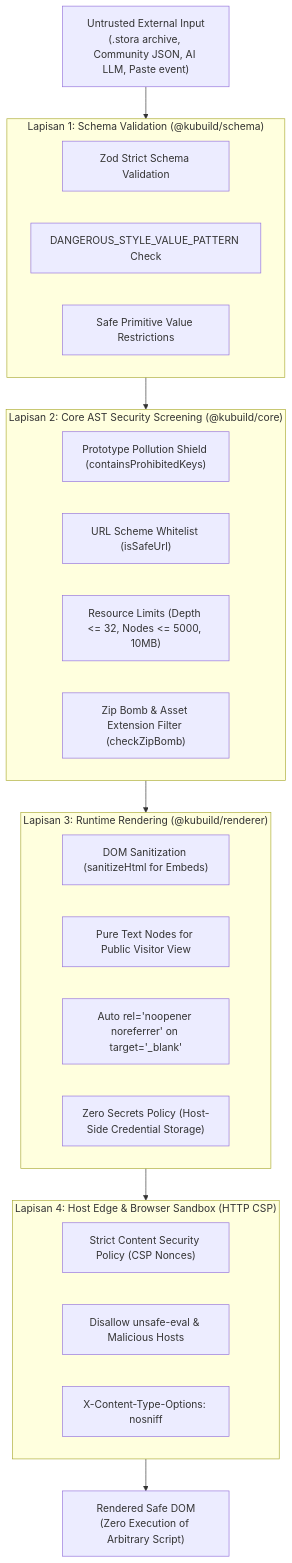
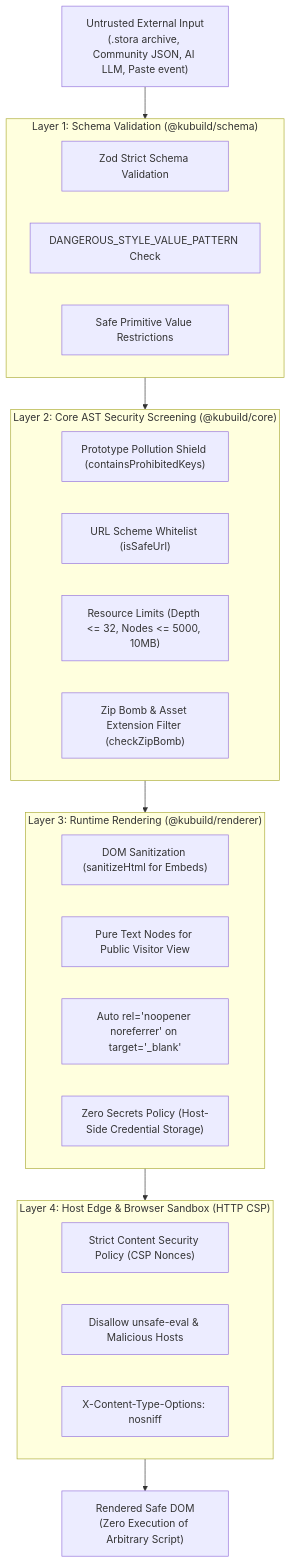
Before and after one commit to kustora/kubuild: the first of 2 diagrams in apps/docs/content/docs/integration/security.mdx, drawn with Mermaid. The commit also changed other lines of this file and 43 other files, not shown here.

````diff
--- a/apps/docs/content/docs/integration/security.mdx
+++ b/apps/docs/content/docs/integration/security.mdx
@@ -31,36 +31,36 @@
 ```mermaid
 flowchart TD
     Untrusted["Untrusted External Input\n(.stora archive, Community JSON, AI LLM, Paste event)"]
     
-    subgraph Layer1["Lapisan 1: Schema Validation (@kubuild/schema)"]
+    subgraph Layer1["Layer 1: Schema Validation (@kubuild/schema)"]
         L1_Zod["Zod Strict Schema Validation"]
         L1_CSS["DANGEROUS_STYLE_VALUE_PATTERN Check"]
         L1_Types["Safe Primitive Value Restrictions"]
     end
 
-    subgraph Layer2["Lapisan 2: Core AST Security Screening (@kubuild/core)"]
+    subgraph Layer2["Layer 2: Core AST Security Screening (@kubuild/core)"]
         L2_Proto["Prototype Pollution Shield (containsProhibitedKeys)"]
         L2_URL["URL Scheme Whitelist (isSafeUrl)"]
         L2_Limits["Resource Limits (Depth <= 32, Nodes <= 5000, 10MB)"]
         L2_Zip["Zip Bomb & Asset Extension Filter (checkZipBomb)"]
     end
 
-    subgraph Layer3["Lapisan 3: Runtime Rendering (@kubuild/renderer)"]
+    subgraph Layer3["Layer 3: Runtime Rendering (@kubuild/renderer)"]
         L3_HTML["DOM Sanitization (sanitizeHtml for Embeds)"]
         L3_Text["Pure Text Nodes for Public Visitor View"]
         L3_Links["Auto rel='noopener noreferrer' on target='_blank'"]
         L3_Zero["Zero Secrets Policy (Host-Side Credential Storage)"]
     end
 
-    subgraph Layer4["Lapisan 4: Host Edge & Browser Sandbox (HTTP CSP)"]
+    subgraph Layer4["Layer 4: Host Edge & Browser Sandbox (HTTP CSP)"]
         L4_CSP["Strict Content Security Policy (CSP Nonces)"]
         L4_Eval["Disallow unsafe-eval & Malicious Hosts"]
         L4_Headers["X-Content-Type-Options: nosniff"]
     end
 
     Untrusted --> Layer1
     Layer1 --> Layer2
     Layer2 --> Layer3
     Layer3 --> Layer4
     Layer4 --> SafeDOM["Rendered Safe DOM\n(Zero Execution of Arbitrary Script)"]
 ```
````
